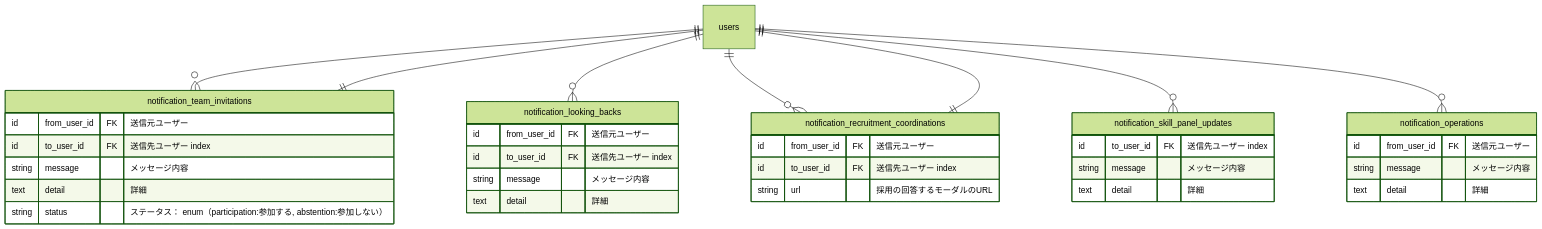
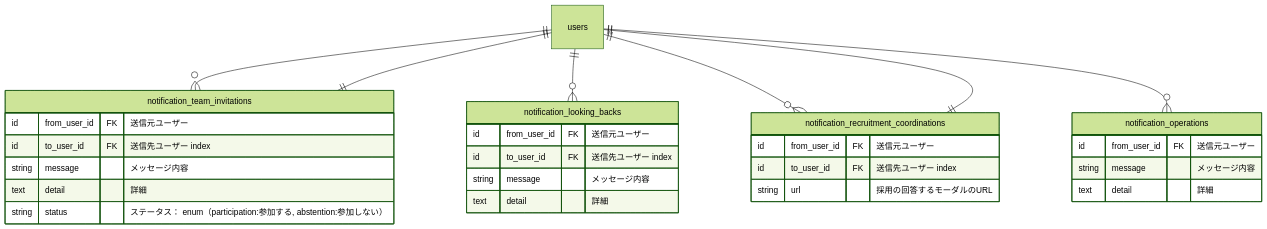
The third of 5 diagrams in docs/conceptual_schemas/notifications.md (bright-org/bright), drawn with Mermaid (forest theme) before and after one commit. The commit also changed other lines of this file, not shown here.

Commit message:
通知_スキルパネル更新を運営と統合

````diff
--- a/docs/conceptual_schemas/notifications.md
+++ b/docs/conceptual_schemas/notifications.md
@@ -35,48 +34,41 @@
 ```mermaid
 erDiagram
   "users" ||--o{ "notification_team_invitations" : ""
   "notification_team_invitations" ||--|| "users" : ""
 
   "users" ||--o{ "notification_looking_backs" : ""
 
   "users" ||--o{ "notification_recruitment_coordinations" : ""
   "notification_recruitment_coordinations" ||--|| "users" : ""
 
-  "users" ||--o{ "notification_skill_panel_updates"　: ""
   "users" ||--o{ "notification_operations" : ""
 
   notification_team_invitations {
     id from_user_id	FK "送信元ユーザー"
     id to_user_id	FK "送信先ユーザー index"
     string message	"メッセージ内容"
     text detail	"詳細"
     string status "ステータス： enum（participation:参加する, abstention:参加しない）"
   }
   
   notification_looking_backs {
     id from_user_id	FK "送信元ユーザー"
     id to_user_id	FK "送信先ユーザー index"
     string message	"メッセージ内容"
     text detail	"詳細"
   }
 
 
   notification_recruitment_coordinations {
     id from_user_id	FK "送信元ユーザー"
     id to_user_id	FK "送信先ユーザー index"
     string url	"採用の回答するモーダルのURL"
   }
 
-  notification_skill_panel_updates {
-    id to_user_id	FK "送信先ユーザー index"
-    string message	"メッセージ内容"
-    text detail	"詳細"
-  }
-
   notification_operations {
     id from_user_id	FK "送信元ユーザー"
     string message	"メッセージ内容"
     text detail	"詳細"
   }
   
 ```
````
